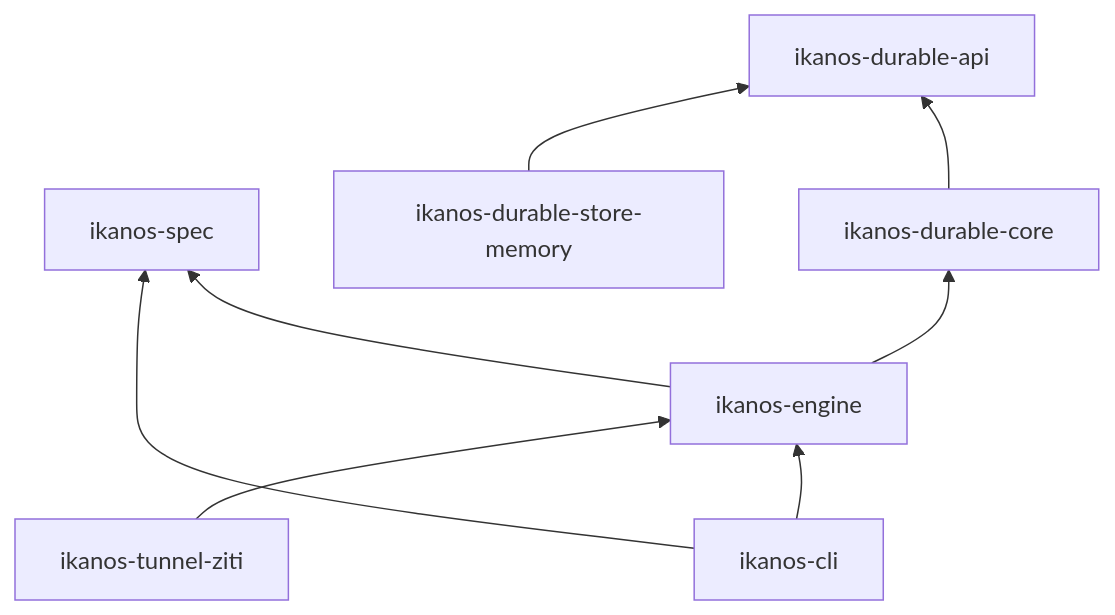
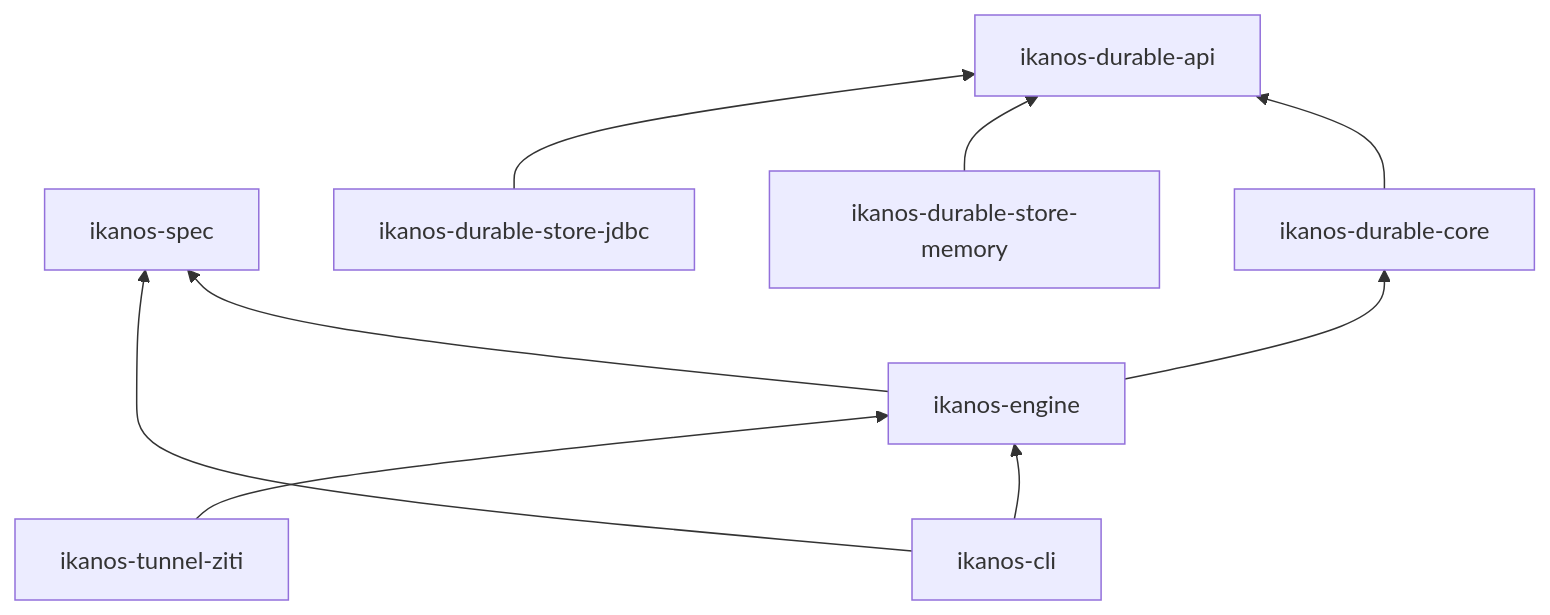
Before and after one commit to naftiko/ikanos: the second of 3 diagrams in modules/ikanos-docs/architecture.md, drawn with Mermaid. The commit also changed other lines of this file and 32 other files, not shown here.

````diff
--- a/modules/ikanos-docs/architecture.md
+++ b/modules/ikanos-docs/architecture.md
@@ -61,17 +61,19 @@
 ```mermaid
 flowchart BT
     spec[ikanos-spec]
     engine[ikanos-engine]
     cli[ikanos-cli]
     ziti[ikanos-tunnel-ziti]
     dapi[ikanos-durable-api]
     dcore[ikanos-durable-core]
     dmem[ikanos-durable-store-memory]
+    djdbc[ikanos-durable-store-jdbc]
     engine --> spec
     engine --> dcore
     dcore --> dapi
     dmem --> dapi
+    djdbc --> dapi
     cli --> engine
     cli --> spec
     ziti --> engine
 ```
````
